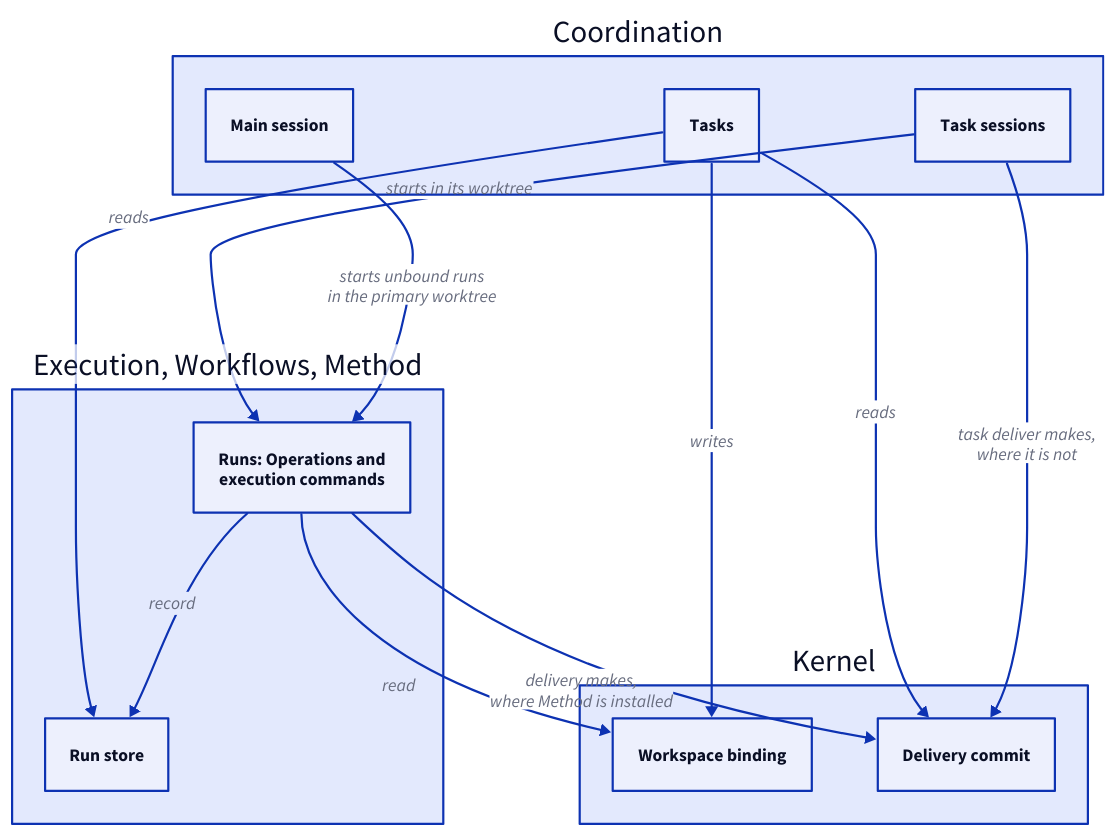
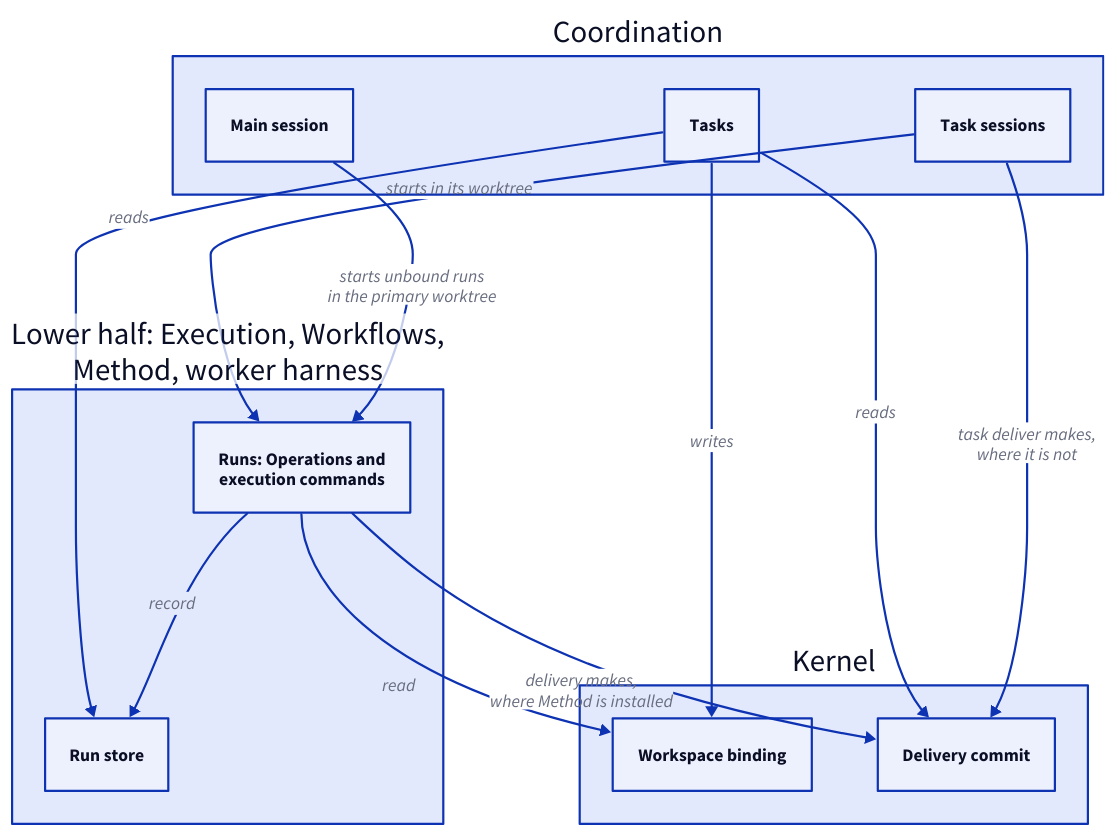
One commit to FTOD/concorde changed the fourth of 5 diagrams in specs/concorde/module.md. Above: the diagram before and after it, drawn with D2. The commit also changed other lines of this file and 17 other files, not shown here.

````diff
--- a/specs/concorde/module.md
+++ b/specs/concorde/module.md
@@ -466,24 +475,24 @@
 ```d2 illustrative
 coordination: Coordination {
   main: Main session
   task: Task sessions
   tasks: Tasks
 }
 kernel: Kernel {
   binding: Workspace binding
   commit: Delivery commit
 }
-lower: "Execution, Workflows, Method" {
+lower: "Lower half: Execution, Workflows,\nMethod, worker harness" {
   runs: "Runs: Operations and\nexecution commands"
   store: Run store
 }
 coordination.tasks -> kernel.binding: writes
 coordination.main -> lower.runs: "starts unbound runs\nin the primary worktree"
 coordination.task -> lower.runs: starts in its worktree
 lower.runs -> kernel.binding: read
 lower.runs -> lower.store: record
 lower.runs -> kernel.commit: "delivery makes,\nwhere Method is installed"
 coordination.task -> kernel.commit: "task deliver makes,\nwhere it is not"
 coordination.tasks -> lower.store: reads
 coordination.tasks -> kernel.commit: reads
 ```
````
